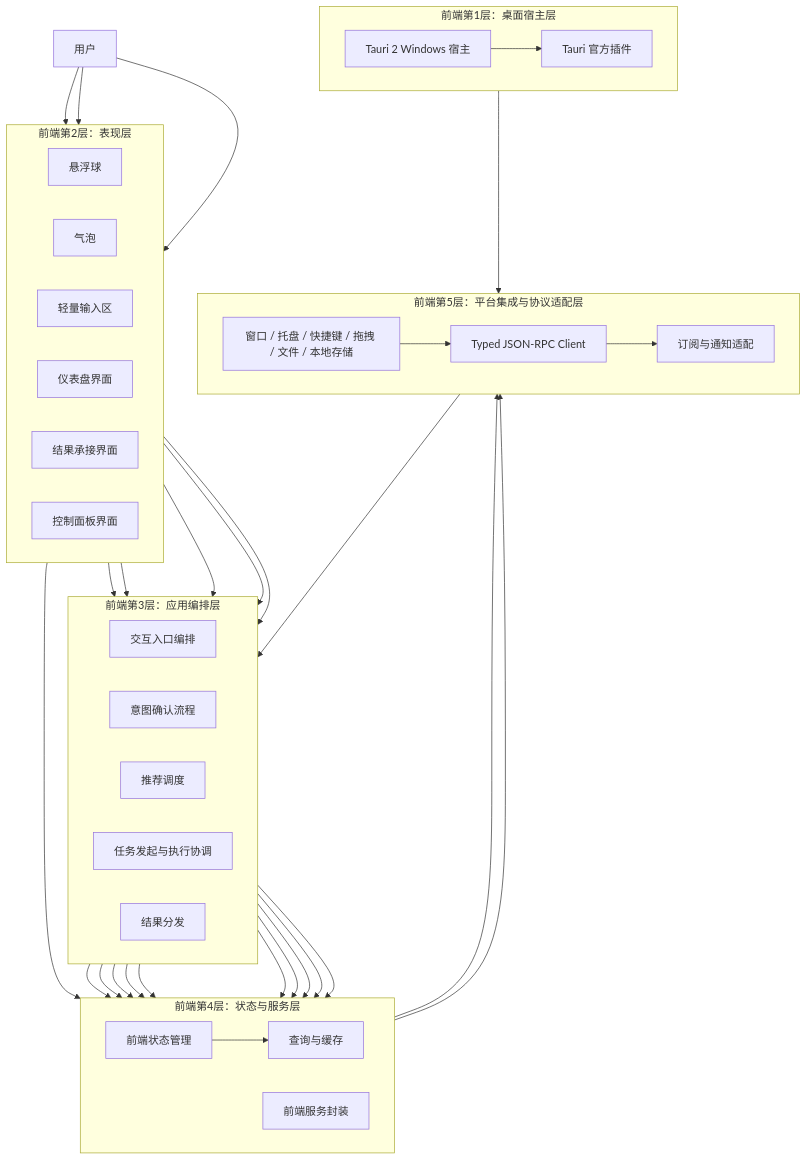
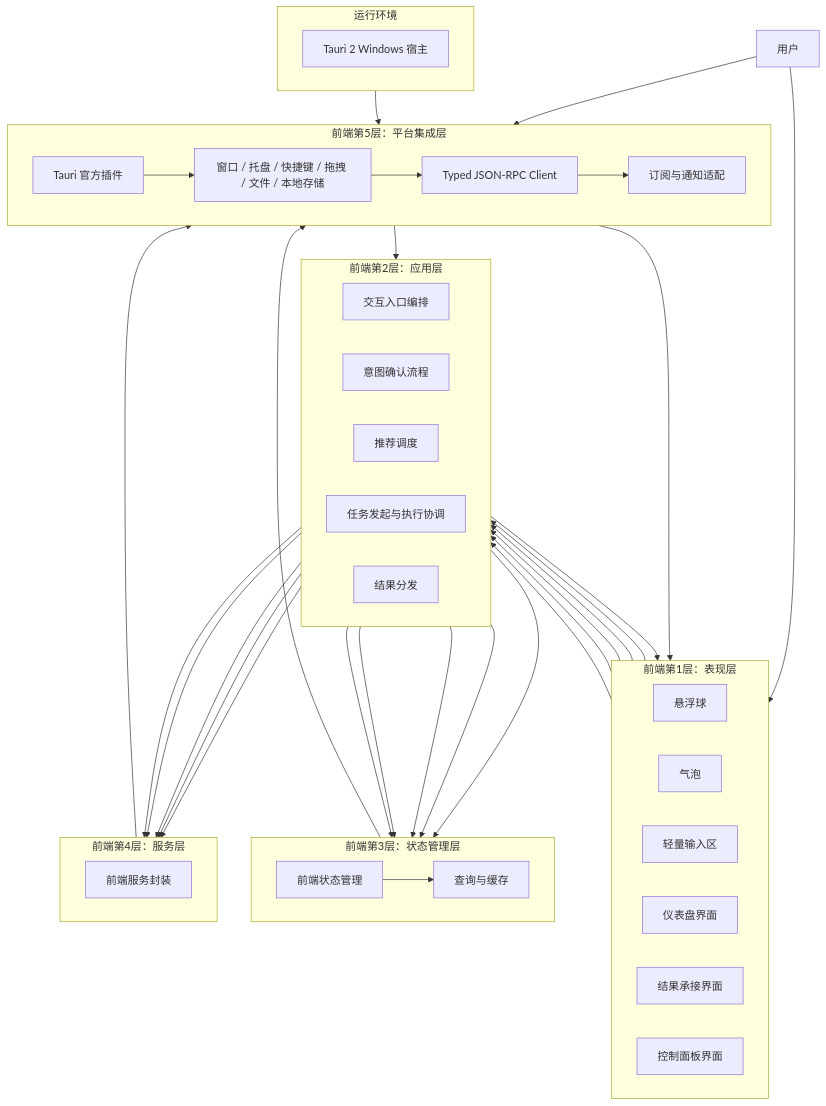
Before and after one commit to Blackcloudss/CialloClaw: the first of 25 diagrams in CialloClaw_架构设计文档_修订版_v4.md, drawn with Mermaid. The commit also changed other lines of this file, not shown here.

First line of the commit message:
docs(frontend): update architecture overview and related diagrams

````diff
--- a/CialloClaw_架构设计文档_修订版_v4.md
+++ b/CialloClaw_架构设计文档_修订版_v4.md
@@ -76,76 +76,80 @@
 ```mermaid
 flowchart TB
     U[用户]
 
-    subgraph F1[前端第1层：桌面宿主层]
+    subgraph ENV[运行环境]
         direction LR
         TAURI[Tauri 2 Windows 宿主]
-        TPLUG[Tauri 官方插件]
     end
 
-    subgraph F2[前端第2层：表现层]
+    subgraph F1[前端第1层：表现层]
         direction LR
         FB[悬浮球]
         BUBBLE[气泡]
         INPUT[轻量输入区]
         DASH[仪表盘界面]
         RESULT[结果承接界面]
         PANEL[控制面板界面]
     end
 
-    subgraph F3[前端第3层：应用编排层]
+    subgraph F2[前端第2层：应用层]
         direction LR
         ENTRY[交互入口编排]
         CONFIRM[意图确认流程]
         RECOMMEND[推荐调度]
         COORD[任务发起与执行协调]
         DISPATCH[结果分发]
     end
 
-    subgraph F4[前端第4层：状态与服务层]
+    subgraph F3[前端第3层：状态管理层]
         direction LR
         STATE[前端状态管理]
         QUERY[查询与缓存]
+    end
+
+    subgraph F4[前端第4层：服务层]
+        direction LR
         SERVICES[前端服务封装]
     end
 
-    subgraph F5[前端第5层：平台集成与协议适配层]
+    subgraph F5[前端第5层：平台集成层]
         direction LR
+        TPLUG[Tauri 官方插件]
         RPC[Typed JSON-RPC Client]
         SUB[订阅与通知适配]
         PLATFORM[窗口 / 托盘 / 快捷键 / 拖拽 / 文件 / 本地存储]
     end
 
     U --> FB
-    U --> DASH
-    U --> PANEL
+    U --> PLATFORM
 
     TAURI --> TPLUG
     TPLUG --> PLATFORM
 
     FB --> ENTRY
     BUBBLE --> CONFIRM
+    BUBBLE --> DISPATCH
     INPUT --> CONFIRM
-    DASH --> DISPATCH
     RESULT --> DISPATCH
-    PANEL --> SERVICES
+    PLATFORM --> PANEL
+    ENTRY --> DASH
 
     ENTRY --> STATE
     CONFIRM --> STATE
     RECOMMEND --> STATE
     COORD --> STATE
     DISPATCH --> STATE
 
     ENTRY --> SERVICES
     CONFIRM --> SERVICES
     RECOMMEND --> SERVICES
     COORD --> SERVICES
     DISPATCH --> SERVICES
 
     STATE --> QUERY
     QUERY --> RPC
     SERVICES --> RPC
     RPC --> SUB
     PLATFORM --> RPC
     PLATFORM --> ENTRY
 ```
````
